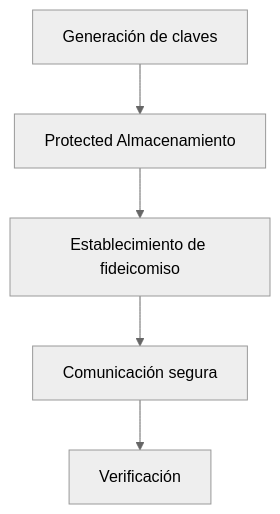
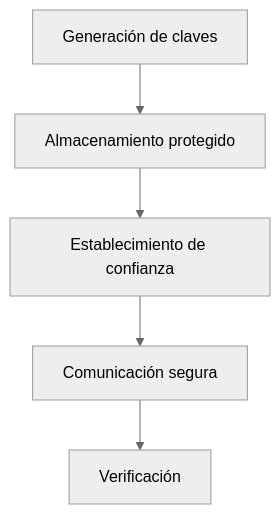
One commit to enigm-llc/docs changed the diagram in es/security/cryptography.mdx. Above: the diagram before and after it, drawn with Mermaid (neutral theme). The commit also changed other lines of this file and 41 other files, not shown here.

````diff
--- a/es/security/cryptography.mdx
+++ b/es/security/cryptography.mdx
@@ -27,13 +27,13 @@
 ```mermaid
 flowchart TD
   Generation["Generación de claves"]
-  Storage["Protected Almacenamiento"]
-  Trust["Establecimiento de fideicomiso"]
+  Storage["Almacenamiento protegido"]
+  Trust["Establecimiento de confianza"]
   Communication["Comunicación segura"]
   Verification["Verificación"]
 
   Generation --> Storage
   Storage --> Trust
   Trust --> Communication
   Communication --> Verification
 ```
````
